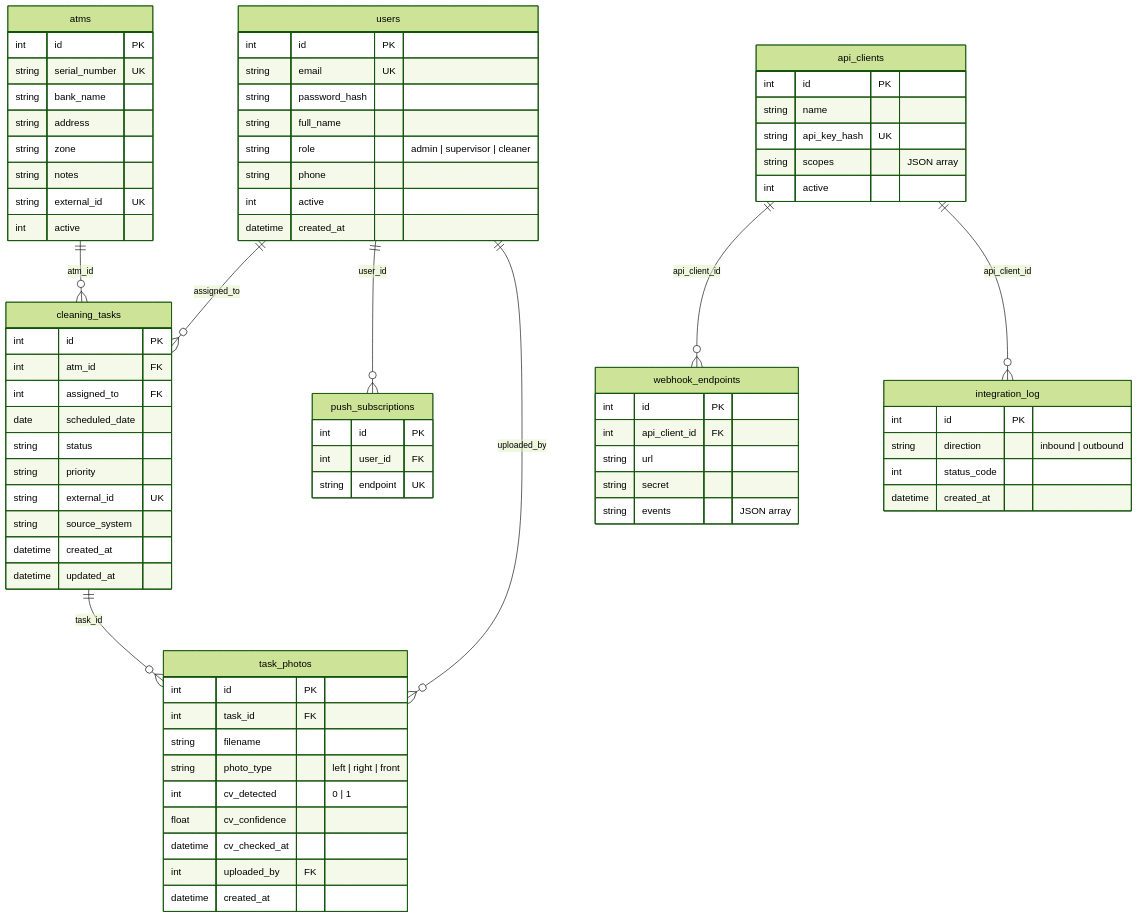
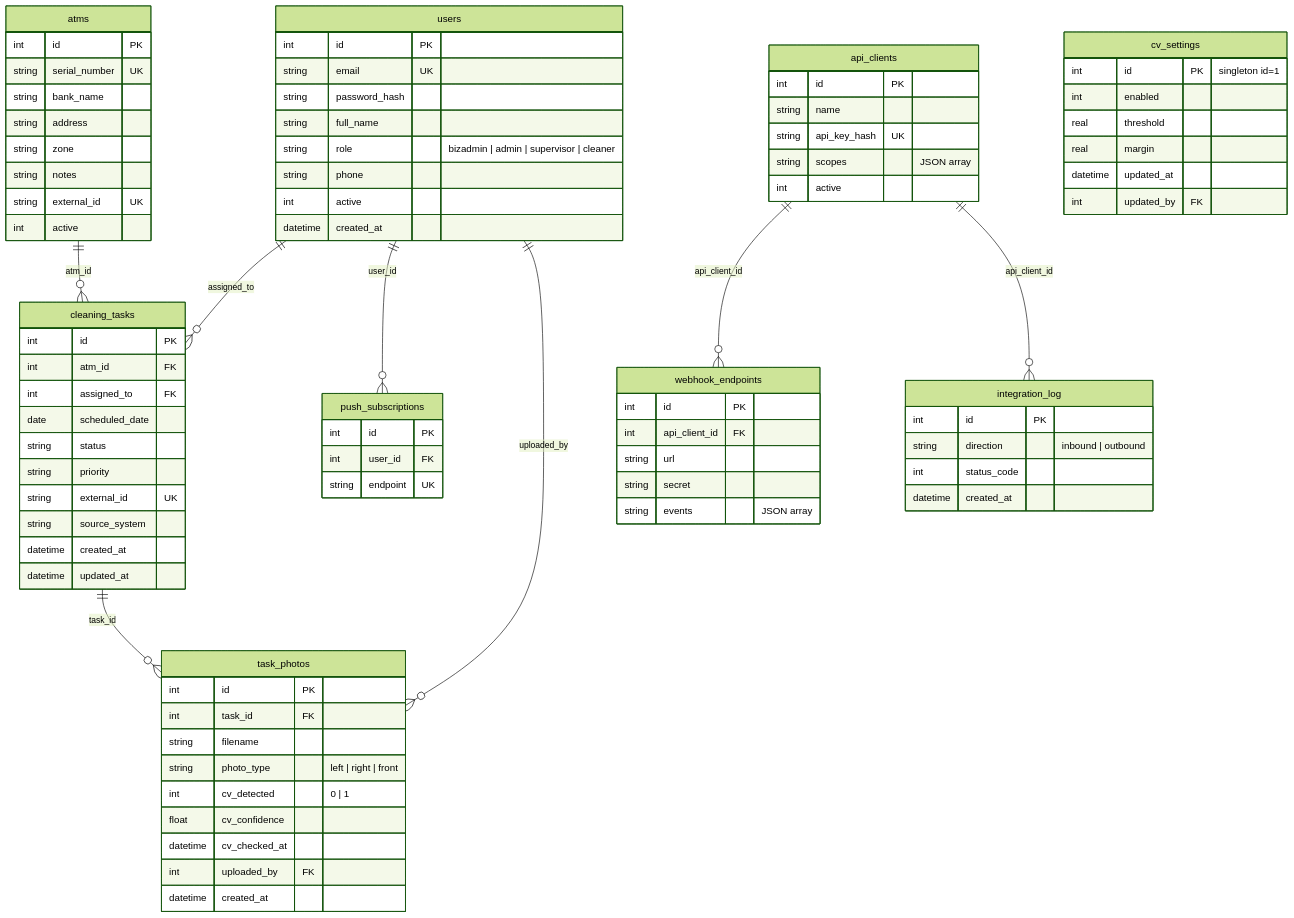
The second of 11 diagrams in ARCHITECTURE.md (DjSurfTSI/control-app), drawn with Mermaid (forest theme) before and after one commit. The commit also changed other lines of this file and 30 other files, not shown here.

First line of the commit message:
Add bizadmin role with CV settings and document v1.1.0.

````diff
--- a/ARCHITECTURE.md
+++ b/ARCHITECTURE.md
@@ -139,7 +147,7 @@
         string email UK
         string password_hash
         string full_name
-        string role "admin | supervisor | cleaner"
+        string role "bizadmin | admin | supervisor | cleaner"
         string phone
         int active
         datetime created_at
@@ -209,4 +217,13 @@
         int status_code
         datetime created_at
     }
+
+    cv_settings {
+        int id PK "singleton id=1"
+        int enabled
+        real threshold
+        real margin
+        datetime updated_at
+        int updated_by FK
+    }
 ```
````
